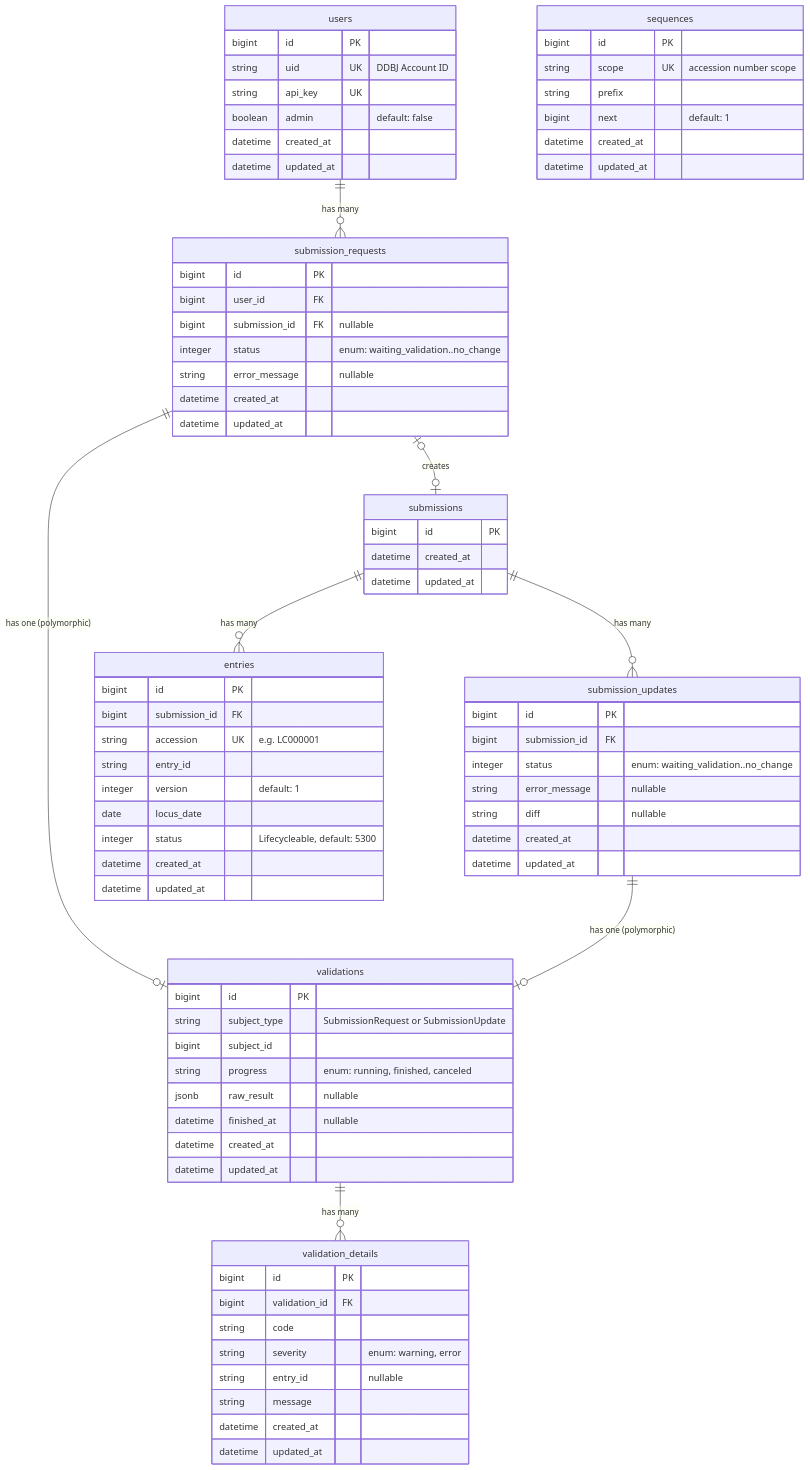
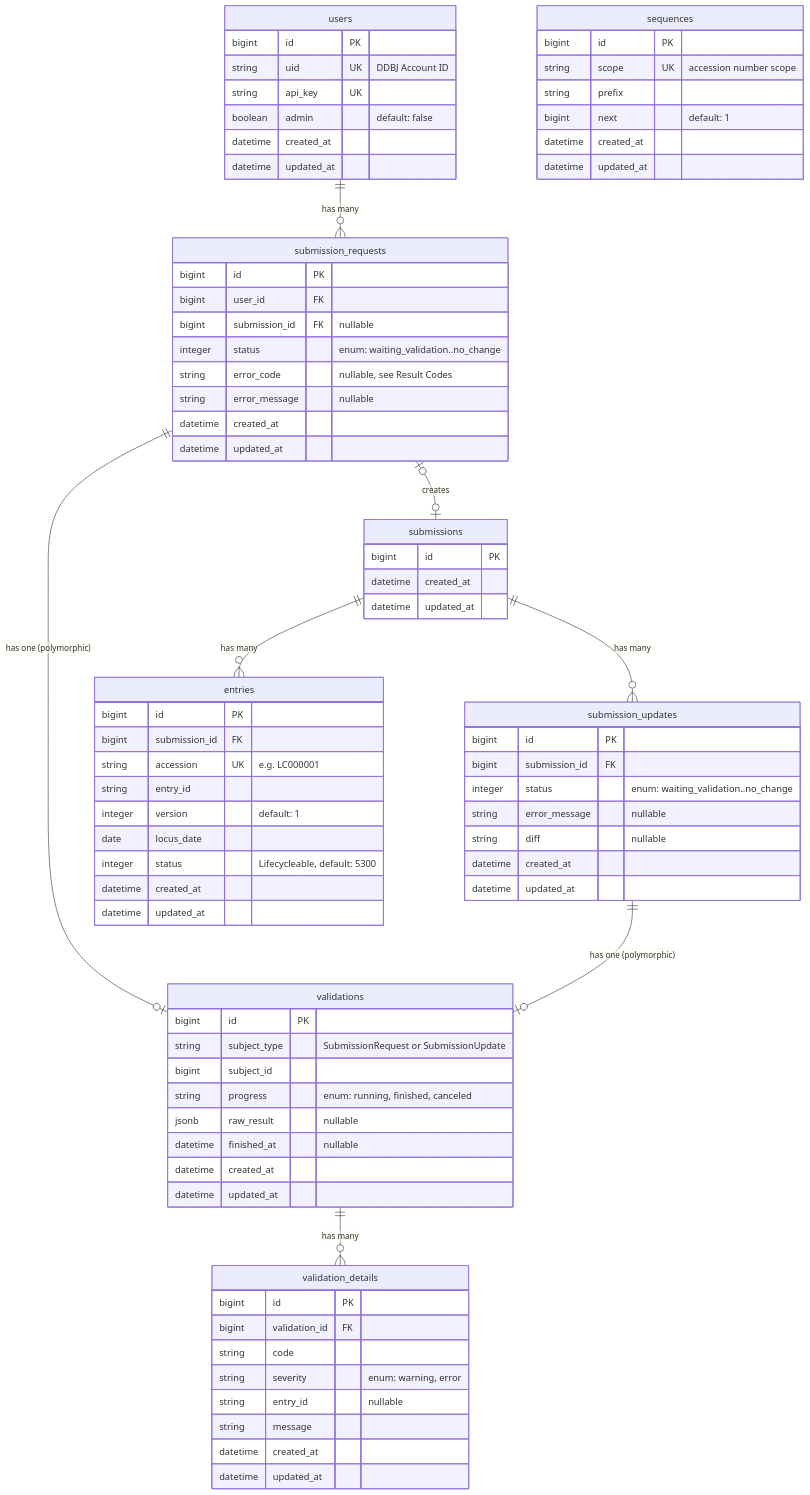
The second of 2 diagrams in README.md (ddbj/ddbj-repository), drawn with Mermaid before and after one commit.

Commit message:
ER 図に error_code を足す
#1978 で列を追加したときに更新し忘れていた。

```diff
--- a/README.md
+++ b/README.md
@@ -75,6 +75,7 @@
         bigint user_id FK
         bigint submission_id FK "nullable"
         integer status "enum: waiting_validation..no_change"
+        string error_code "nullable, see Result Codes"
         string error_message "nullable"
         datetime created_at
         datetime updated_at
```
